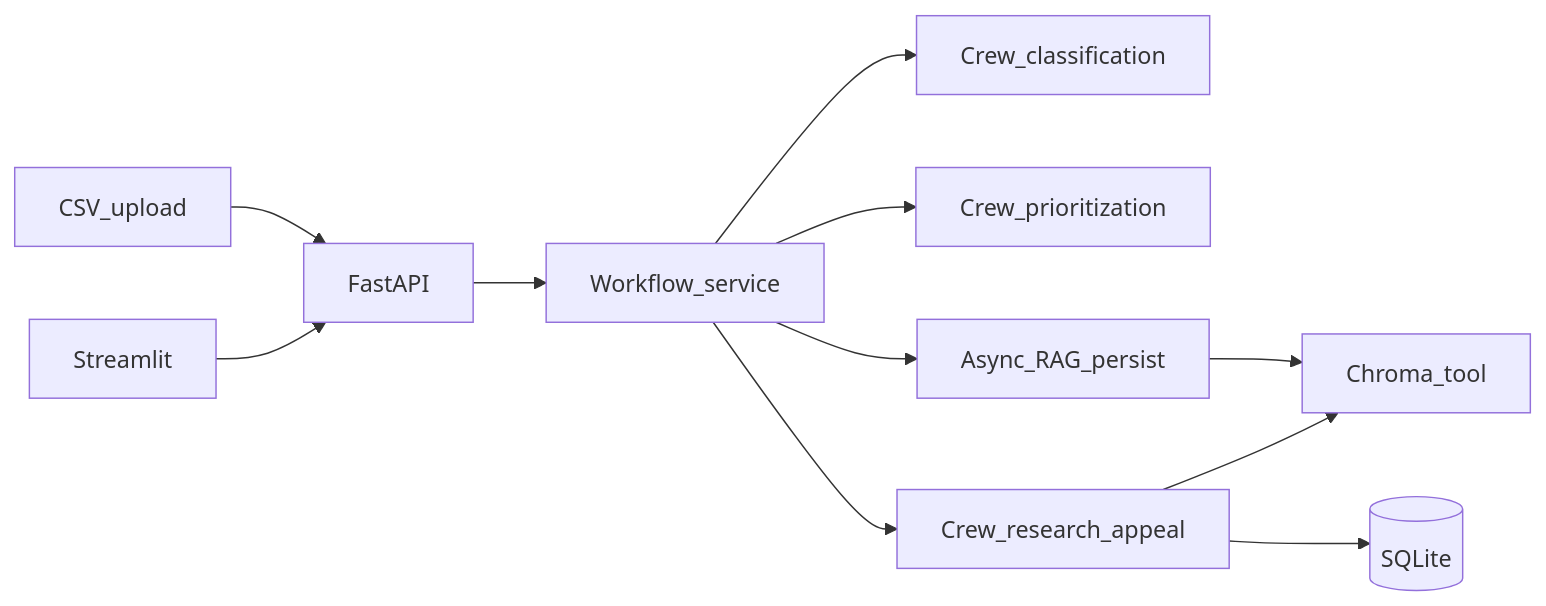
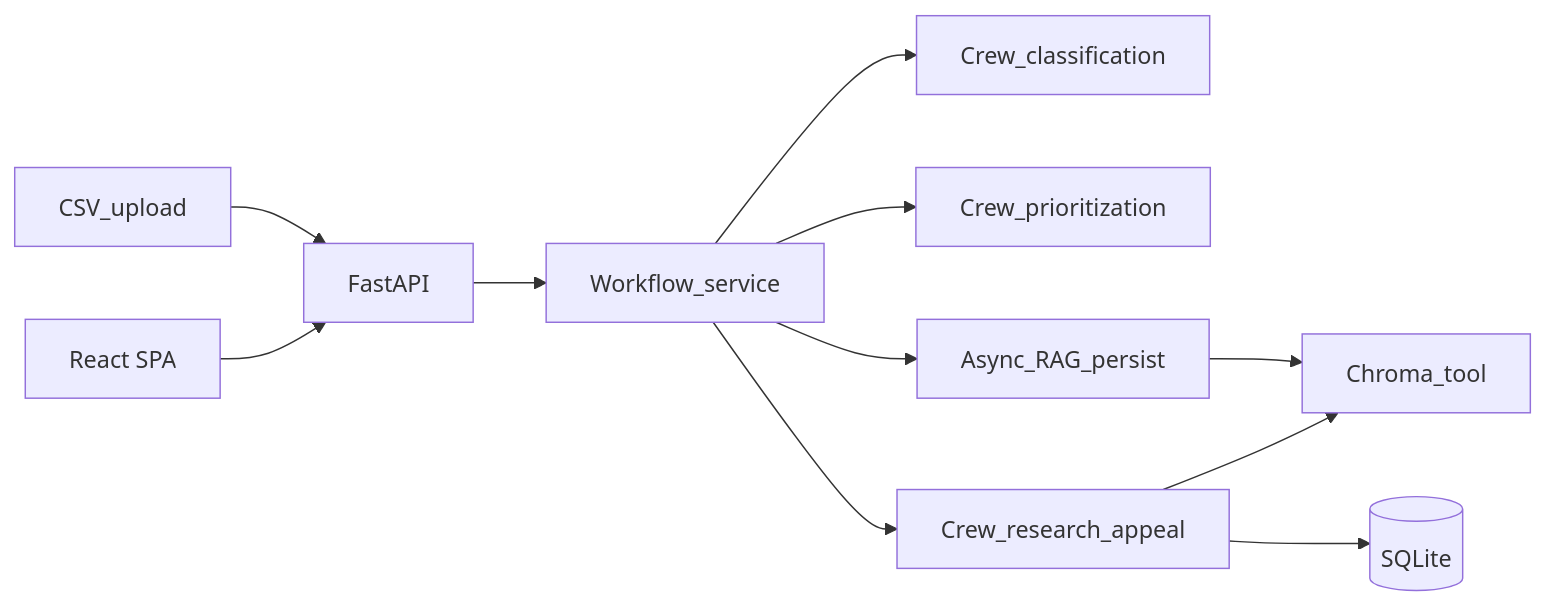
Before and after one commit to Matheusmatos2916/denialflow_ai: the diagram in README.md, drawn with Mermaid. The commit also changed other lines of this file and 57 other files, not shown here.

````diff
--- a/README.md
+++ b/README.md
@@ -14,13 +15,13 @@
 ```mermaid
 flowchart LR
   CSV[CSV_upload] --> API[FastAPI]
   API --> WF[Workflow_service]
   WF --> C1[Crew_classification]
   WF --> C2[Crew_prioritization]
   WF --> RAG[Async_RAG_persist]
   WF --> C3[Crew_research_appeal]
   C3 --> CH[Chroma_tool]
   C3 --> DB[(SQLite)]
   RAG --> CH
-  UI[Streamlit] --> API
+  UI[React SPA] --> API
 ```
````
